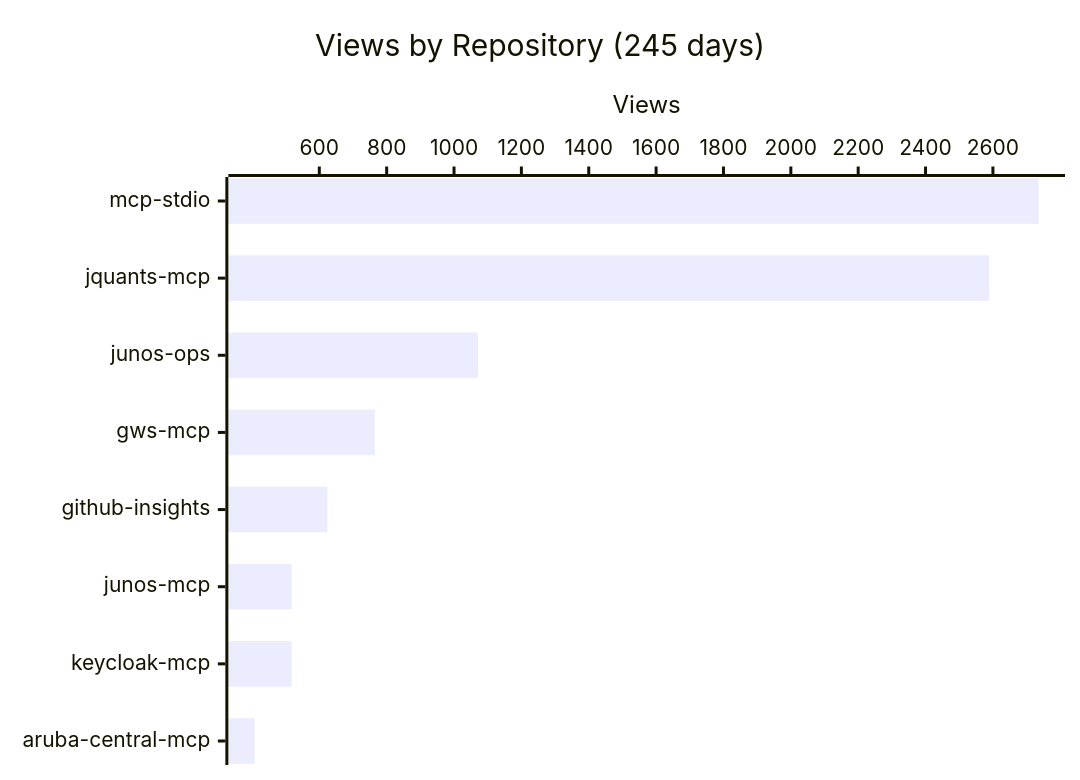
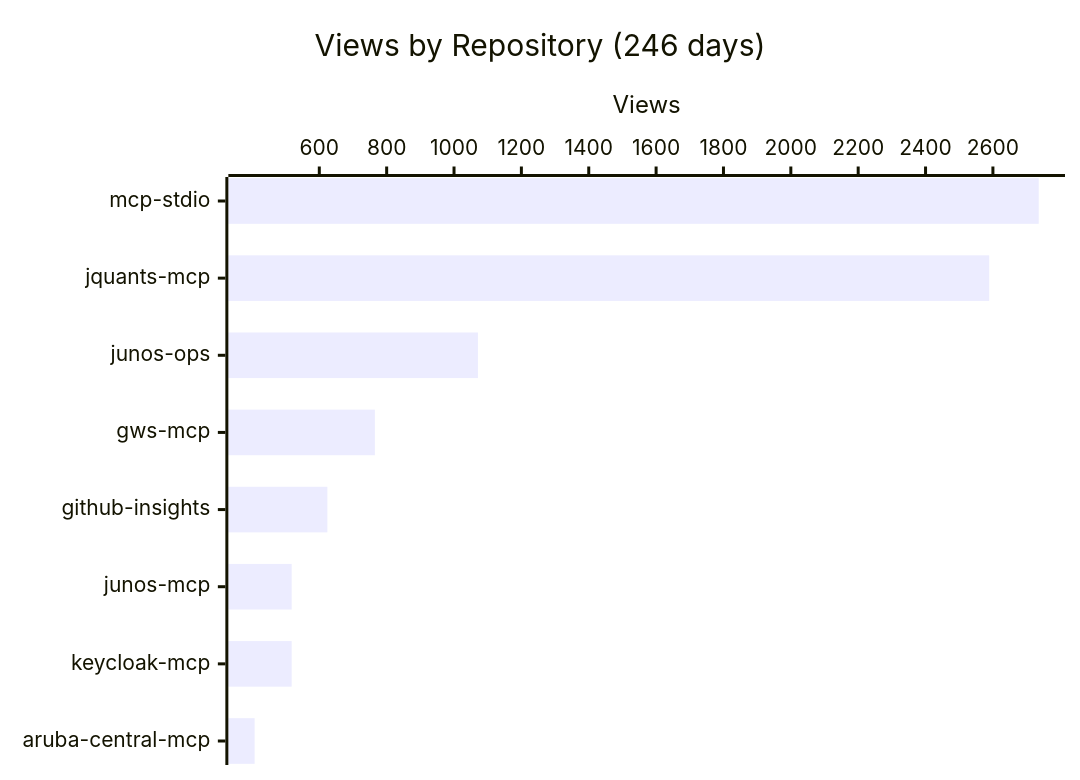
Before and after one commit to shigechika/github-insights: the first of 4 diagrams in README.md, drawn with Mermaid. The commit also changed other lines of this file and 1 other file, not shown here.

````diff
--- a/README.md
+++ b/README.md
@@ -18,7 +18,7 @@
 ```mermaid
 xychart-beta horizontal
-    title "Views by Repository (245 days)"
+    title "Views by Repository (246 days)"
     x-axis ["mcp-stdio", "jquants-mcp", "junos-ops", "gws-mcp", "github-insights", "junos-mcp", "keycloak-mcp", "aruba-central-mcp"]
     y-axis "Views"
     bar [2736, 2589, 1071, 765, 624, 518, 518, 408]
 ```
````
